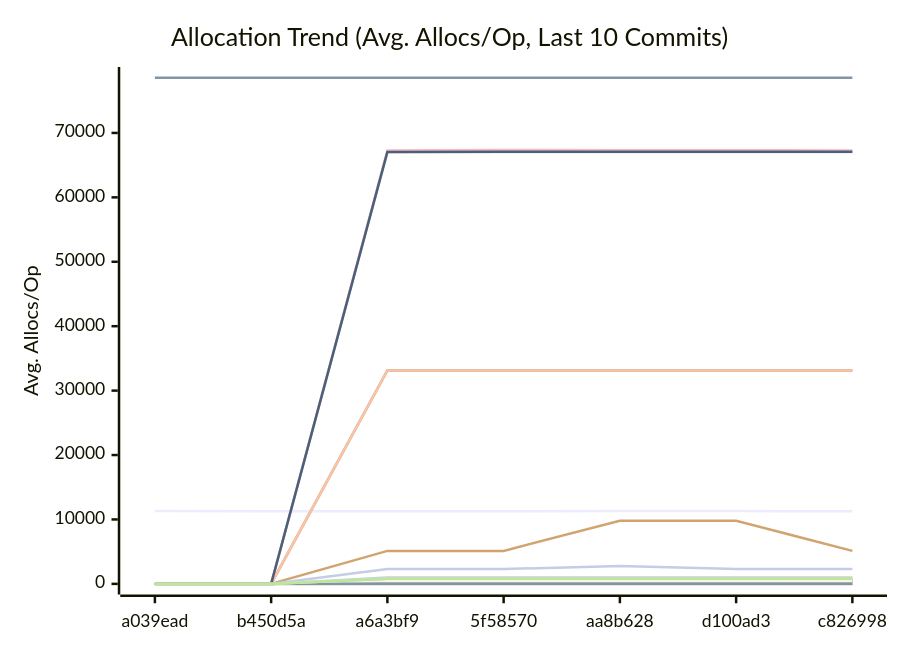
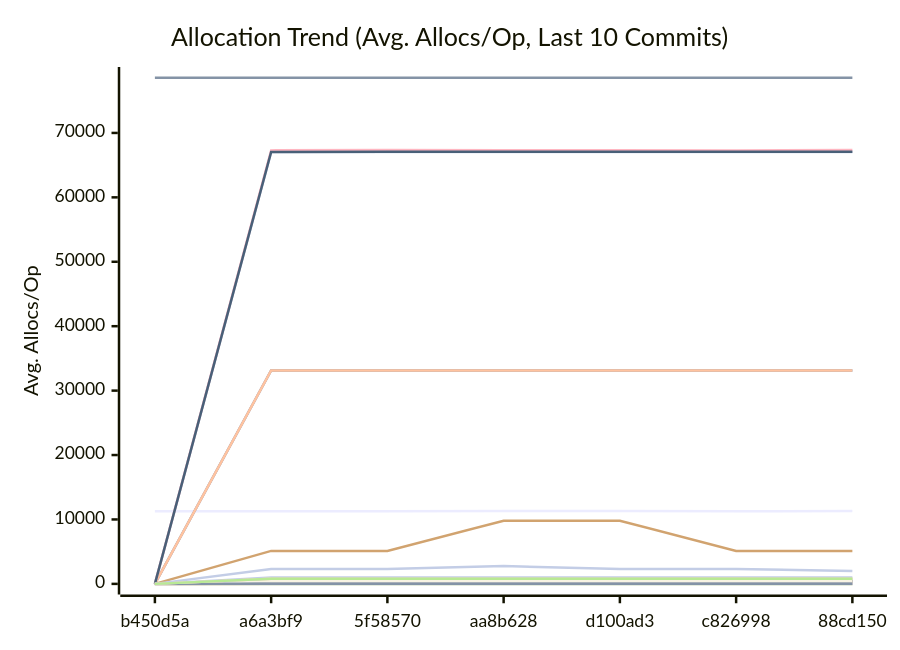
One commit to alsotoes/momo changed the third of 3 diagrams in docs/PERFORMANCE.md. Above: the diagram before and after it, drawn with Mermaid. The commit also changed other lines of this file and 151 other files, not shown here.

````diff
--- a/docs/PERFORMANCE.md
+++ b/docs/PERFORMANCE.md
@@ -348,42 +348,42 @@
 ```mermaid
 xychart-beta
     title "Allocation Trend (Avg. Allocs/Op, Last 10 Commits)"
     x-axis "Commit"
     y-axis "Avg. Allocs/Op"
-    x-axis [a039ead,b450d5a,a6a3bf9,5f58570,aa8b628,d100ad3,c826998]
-    line "AWSChunkedReaderSigned" [11296,11273,11277,11286,11294,11299,11270,11296,11367,11304]
-    line "AWSChunkedReaderUnsigned" [78568,78577,78572,78577,78583,78586,78564,78579,78745,78578]
+    x-axis [b450d5a,a6a3bf9,5f58570,aa8b628,d100ad3,c826998,88cd150]
+    line "AWSChunkedReaderSigned" [11273,11277,11286,11294,11299,11270,11296,11367,11304,11317]
+    line "AWSChunkedReaderUnsigned" [78577,78572,78577,78583,78586,78564,78579,78745,78578,78592]
     line "CheckMetricsAndSwap" [0,0,0,0,0,0,0,0,0,0]
     line "CrushOptimized" [0,0,0,0,0,0,0,0,0,0]
     line "CrushOriginal" [3,3,3,3,3,3,3,3,3,3]
-    line "FormatListObjectsV2XML_AppendFormat" [0,0,16,16,16,16,16,16,16,16]
-    line "FormatListObjectsV2XML_OldFormat" [0,0,1000,1000,1000,1000,1000,1000,1000,1000]
-    line "HashBytes/1MiB" [0,0,64,64,64,64,64,64,64,64]
-    line "HashBytes/256MiB" [0,0,64,64,64,64,64,64,64,64]
-    line "HashBytes/64MiB" [0,0,64,64,64,64,64,64,64,64]
-    line "HashFile/1MiB" [0,0,33128,33128,33128,33128,33128,33112,33128,33128]
-    line "HashFile/256MiB" [0,0,33128,33128,33128,33128,33128,33128,33128,33128]
-    line "HashFile/64MiB" [0,0,33128,33128,33128,33128,33128,33128,33128,33128]
+    line "FormatListObjectsV2XML_AppendFormat" [0,16,16,16,16,16,16,16,16,16]
+    line "FormatListObjectsV2XML_OldFormat" [0,1000,1000,1000,1000,1000,1000,1000,1000,1000]
+    line "HashBytes/1MiB" [0,64,64,64,64,64,64,64,64,64]
+    line "HashBytes/256MiB" [0,64,64,64,64,64,64,64,64,64]
+    line "HashBytes/64MiB" [0,64,64,64,64,64,64,64,64,64]
+    line "HashFile/1MiB" [0,33128,33128,33128,33128,33128,33112,33128,33128,33128]
+    line "HashFile/256MiB" [0,33128,33128,33128,33128,33128,33128,33128,33128,33128]
+    line "HashFile/64MiB" [0,33128,33128,33128,33128,33128,33128,33128,33128,33128]
     line "IndexDirectTracking" [0,0,0,0,0,0,0,0,0,0]
     line "IndexSearch" [0,0,0,0,0,0,0,0,0,0]
-    line "LoadGlobalConfig" [54,54,58,58,58,58,58,58,58,58]
-    line "LocalWrite/1MiB" [0,0,67030,67032,67032,67030,67028,67031,67037,67034]
-    line "LocalWrite/256MiB" [0,0,67292,67348,67326,67317,67268,67358,67518,67492]
-    line "LocalWrite/64MiB" [0,0,67046,67073,67085,67097,67071,67089,67157,67097]
+    line "LoadGlobalConfig" [54,58,58,58,58,58,58,58,58,58]
+    line "LocalWrite/1MiB" [0,67030,67032,67032,67030,67028,67031,67037,67034,67030]
+    line "LocalWrite/256MiB" [0,67292,67348,67326,67317,67268,67358,67518,67492,67349]
+    line "LocalWrite/64MiB" [0,67046,67073,67085,67097,67071,67089,67157,67097,67104]
     line "PadString" [1,1,1,1,1,1,1,1,1,1]
     line "ParseReplicationOrder_NoPrealloc" [6,6,6,6,6,5,5,5,5,5]
     line "ParseReplicationOrder_Prealloc" [2,2,2,2,2,1,1,1,1,1]
-    line "Placement" [0,0,6,6,6,6,6,6,6,6]
-    line "PlacementDomainSpread" [0,0,6,6,6,6,6,6,6,6]
-    line "ReadVerify/1MiB" [0,0,435,464,436,459,457,458,483,437]
-    line "ReadVerify/256MiB" [0,0,5120,5120,9808,9808,5120,5120,9808,9808]
-    line "ReadVerify/64MiB" [0,0,2307,2307,2776,2307,2307,1994,3557,2776]
-    line "S3PutSpool/1MiB" [0,0,447,447,447,447,447,448,448,447]
-    line "S3PutSpool/256MiB" [0,0,448,448,448,448,448,448,448,448]
-    line "S3PutSpool/64MiB" [0,0,448,448,448,448,448,448,448,448]
+    line "Placement" [0,6,6,6,6,6,6,6,6,6]
+    line "PlacementDomainSpread" [0,6,6,6,6,6,6,6,6,6]
+    line "ReadVerify/1MiB" [0,435,464,436,459,457,458,483,437,469]
+    line "ReadVerify/256MiB" [0,5120,5120,9808,9808,5120,5120,9808,9808,9808]
+    line "ReadVerify/64MiB" [0,2307,2307,2776,2307,2307,1994,3557,2776,2776]
+    line "S3PutSpool/1MiB" [0,447,447,447,447,447,448,448,447,447]
+    line "S3PutSpool/256MiB" [0,448,448,448,448,448,448,448,448,448]
+    line "S3PutSpool/64MiB" [0,448,448,448,448,448,448,448,448,448]
     line "SanitizeLog/Safe" [0,0,0,0,0,0,0,0,0,0]
     line "SanitizeLog/Unsafe" [1,1,1,1,1,1,1,1,1,1]
-    line "TrustedRead/1MiB" [0,0,800,800,800,800,825,800,800,800]
-    line "TrustedRead/256MiB" [0,0,800,800,800,800,800,800,800,800]
-    line "TrustedRead/64MiB" [0,0,800,800,800,800,800,800,800,800]
+    line "TrustedRead/1MiB" [0,800,800,800,800,825,800,800,800,800]
+    line "TrustedRead/256MiB" [0,800,800,800,800,800,800,800,800,800]
+    line "TrustedRead/64MiB" [0,800,800,800,800,800,800,800,800,800]
 ```
````
